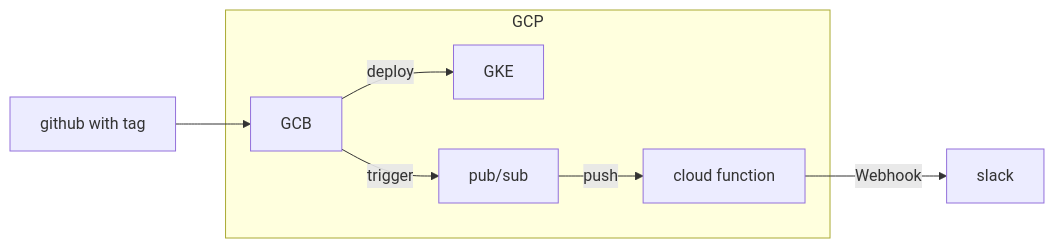
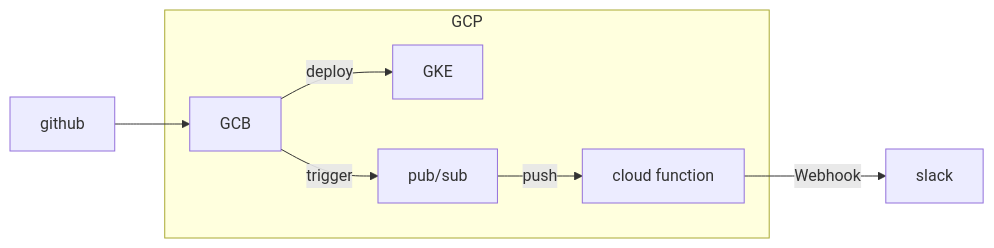
One commit to i-pu/ipu-room changed the diagram in docs/ci-cd/main.md. Above: the diagram before and after it, drawn with Mermaid. The commit also changed other lines of this file and 1 other file, not shown here.

````diff
--- a/docs/ci-cd/main.md
+++ b/docs/ci-cd/main.md
@@ -30,10 +30,10 @@
 ```mermaid
 graph LR
-  GIT[github with tag] --> GCB 
+  GIT[github] --> GCB 
   subgraph GCP
     GCB --> |deploy| GKE
     GCB --> |trigger| PS[pub/sub]
     PS --> |push| CF[cloud function]
   end
   CF --> |Webhook| SL[slack]
 ```
````
